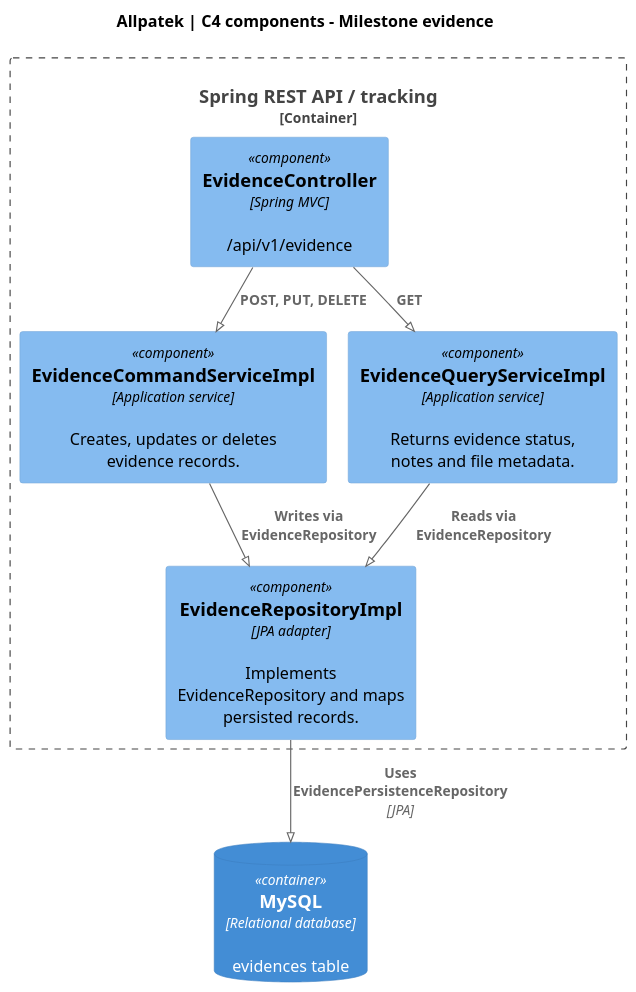
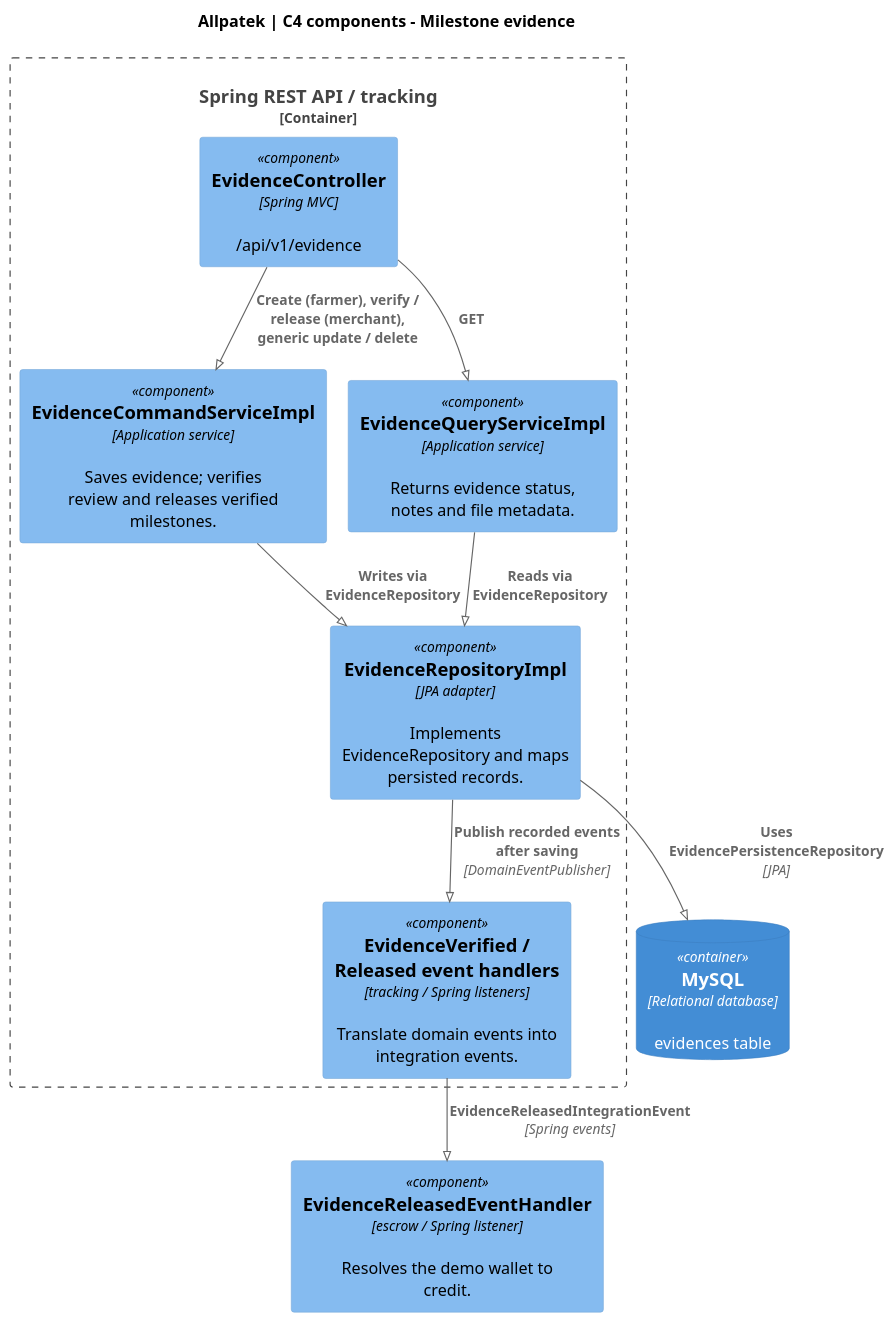
One commit to upc-pre-202620-1asi0729-7753-Terranova/allpatek-report changed the diagram in assets/chapter-04/architecture/c4-tracking.puml. Above: the diagram before and after it, drawn with PlantUML. The commit also changed 3 other files, not shown here.

Commit message:
docs(c4): trace evidence verification and release events

```diff
--- a/assets/chapter-04/architecture/c4-tracking.puml
+++ b/assets/chapter-04/architecture/c4-tracking.puml
@@ -1,24 +1,29 @@
 @startuml
 !pragma layout smetana
 !include <C4/C4_Component>
 skinparam backgroundColor white
 skinparam defaultFontName SansSerif
 skinparam shadowing false
 skinparam dpi 120
 LAYOUT_TOP_DOWN()
 
 title Allpatek | C4 components - Milestone evidence
 Container_Boundary(api, "Spring REST API / tracking") {
   Component(rest, "EvidenceController", "Spring MVC", "/api/v1/evidence")
-  Component(cmd, "EvidenceCommandServiceImpl", "Application service", "Creates, updates or deletes evidence records.")
+  Component(cmd, "EvidenceCommandServiceImpl", "Application service", "Saves evidence; verifies review and releases verified milestones.")
   Component(query, "EvidenceQueryServiceImpl", "Application service", "Returns evidence status, notes and file metadata.")
   Component(repo, "EvidenceRepositoryImpl", "JPA adapter", "Implements EvidenceRepository and maps persisted records.")
+  Component(events, "EvidenceVerified / Released event handlers", "tracking / Spring listeners", "Translate domain events into integration events.")
 }
 
 ContainerDb(db, "MySQL", "Relational database", "evidences table")
-Rel(rest, cmd, "POST, PUT, DELETE")
+Rel(rest, cmd, "Create (farmer), verify / release (merchant), generic update / delete")
 Rel(rest, query, "GET")
 Rel(cmd, repo, "Writes via EvidenceRepository")
 Rel(query, repo, "Reads via EvidenceRepository")
 Rel(repo, db, "Uses EvidencePersistenceRepository", "JPA")
+
+Component(esc, "EvidenceReleasedEventHandler", "escrow / Spring listener", "Resolves the demo wallet to credit.")
+Rel(repo, events, "Publish recorded events after saving", "DomainEventPublisher")
+Rel(events, esc, "EvidenceReleasedIntegrationEvent", "Spring events")
 @enduml
```
